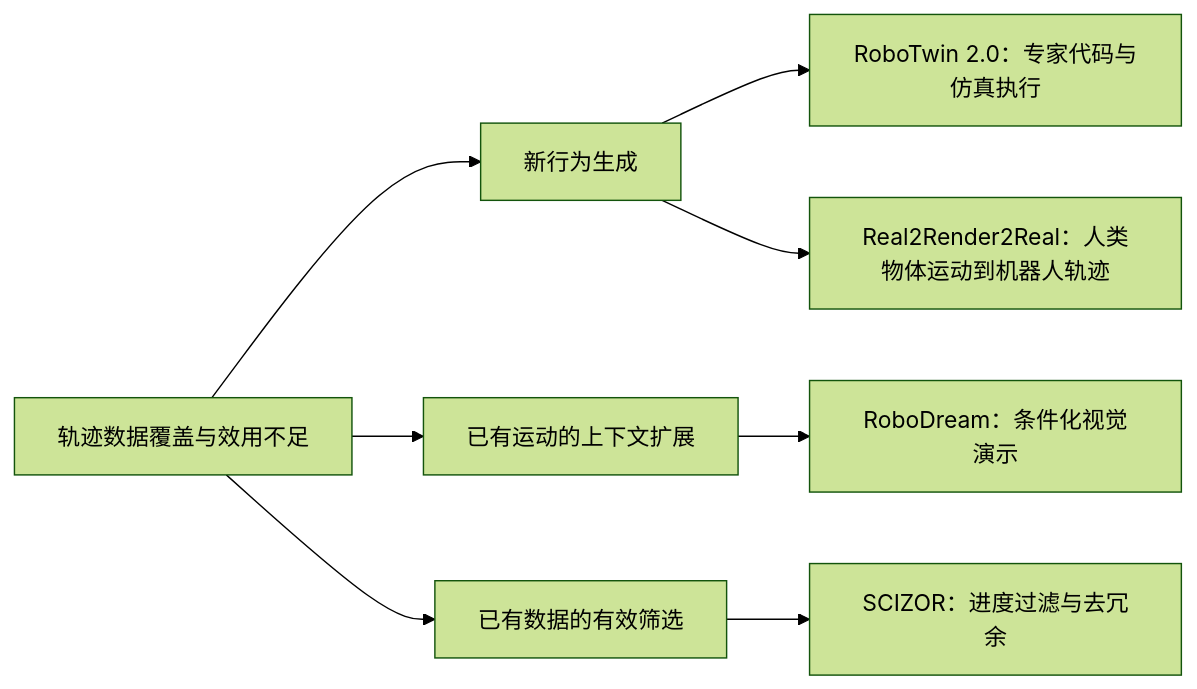
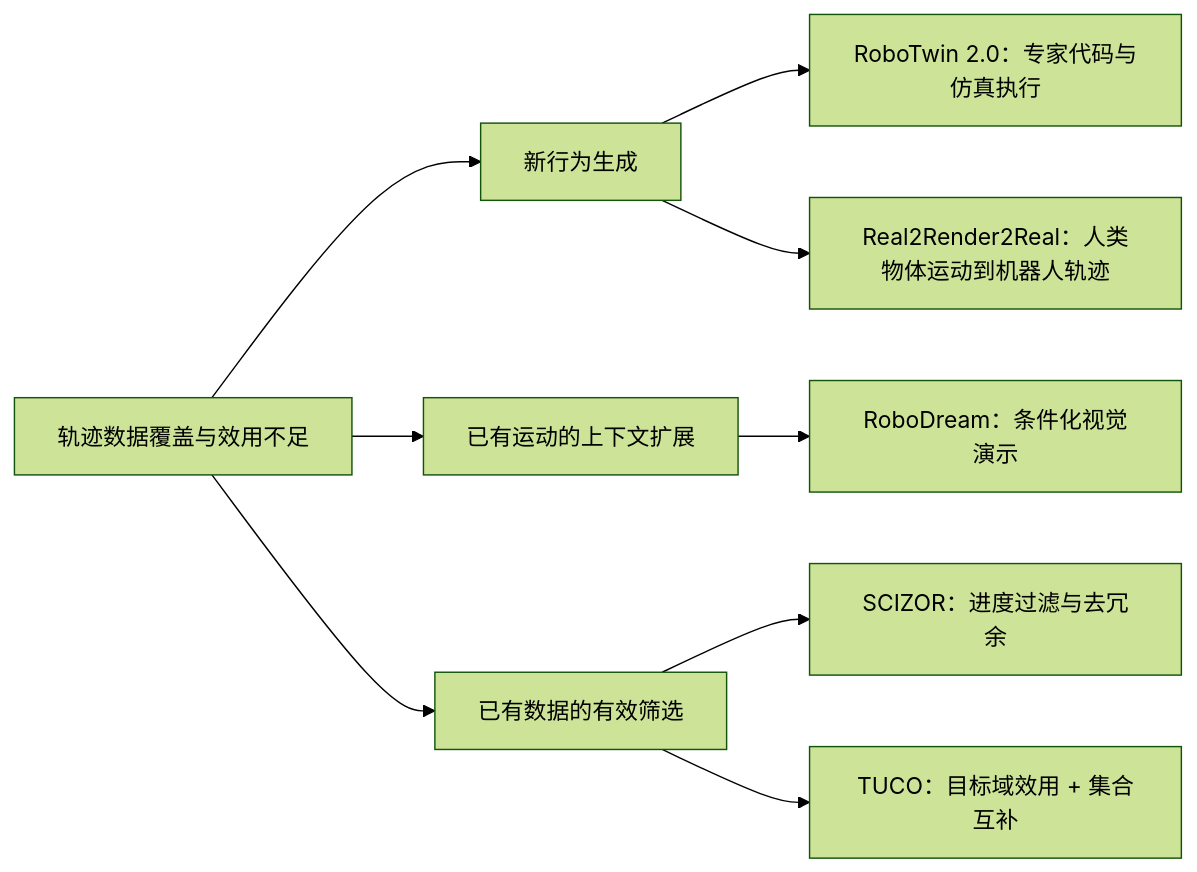
Diagram 13 of 29 in docs/Sim2Real_前沿技术路线综述_2025-2026.md (hellojean123/Sim2Real-Frontier-Survey), drawn with Mermaid (forest theme) before and after one commit. The commit also changed other lines of this file and 12 other files, not shown here.

````diff
--- a/docs/Sim2Real_前沿技术路线综述_2025-2026.md
+++ b/docs/Sim2Real_前沿技术路线综述_2025-2026.md
@@ -774,10 +867,11 @@
 ```mermaid
 flowchart LR
   A[轨迹数据覆盖与效用不足] --> B[新行为生成]
   B --> C[RoboTwin 2.0：专家代码与仿真执行]
   B --> D[Real2Render2Real：人类物体运动到机器人轨迹]
   A --> E[已有运动的上下文扩展]
   E --> F[RoboDream：条件化视觉演示]
   A --> G[已有数据的有效筛选]
   G --> H[SCIZOR：进度过滤与去冗余]
+  G --> T[TUCO：目标域效用 + 集合互补]
 ```
````
